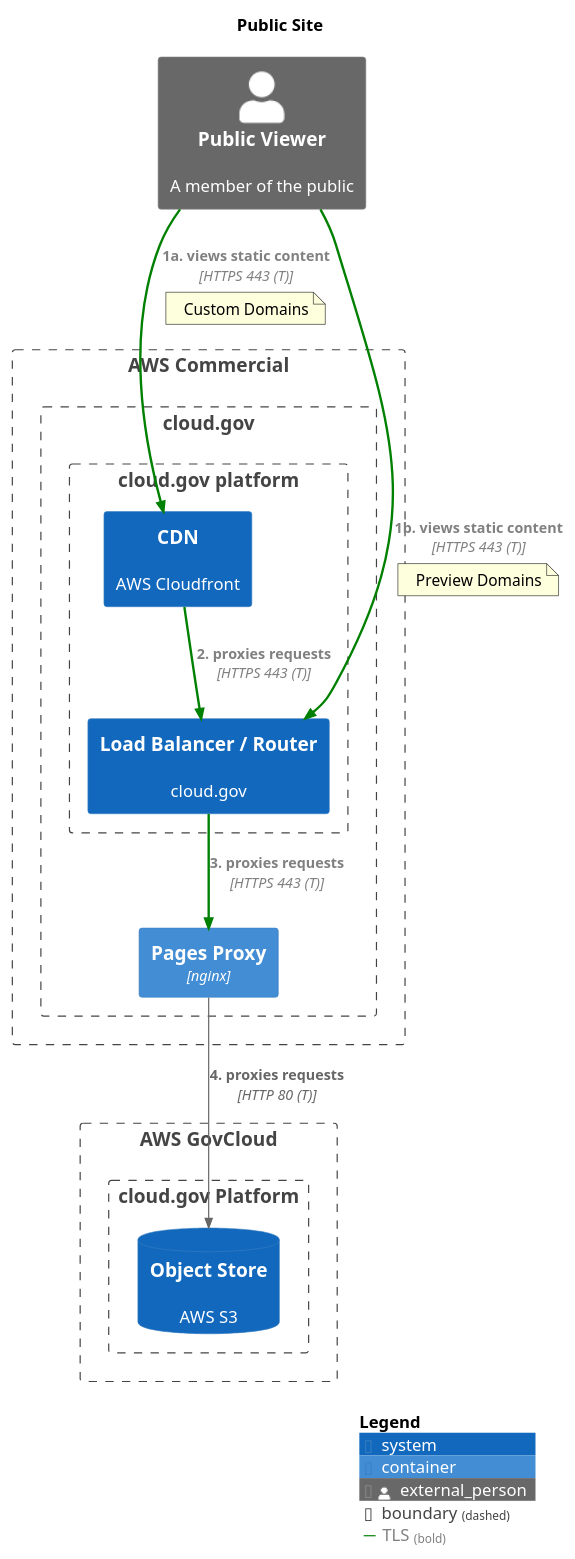
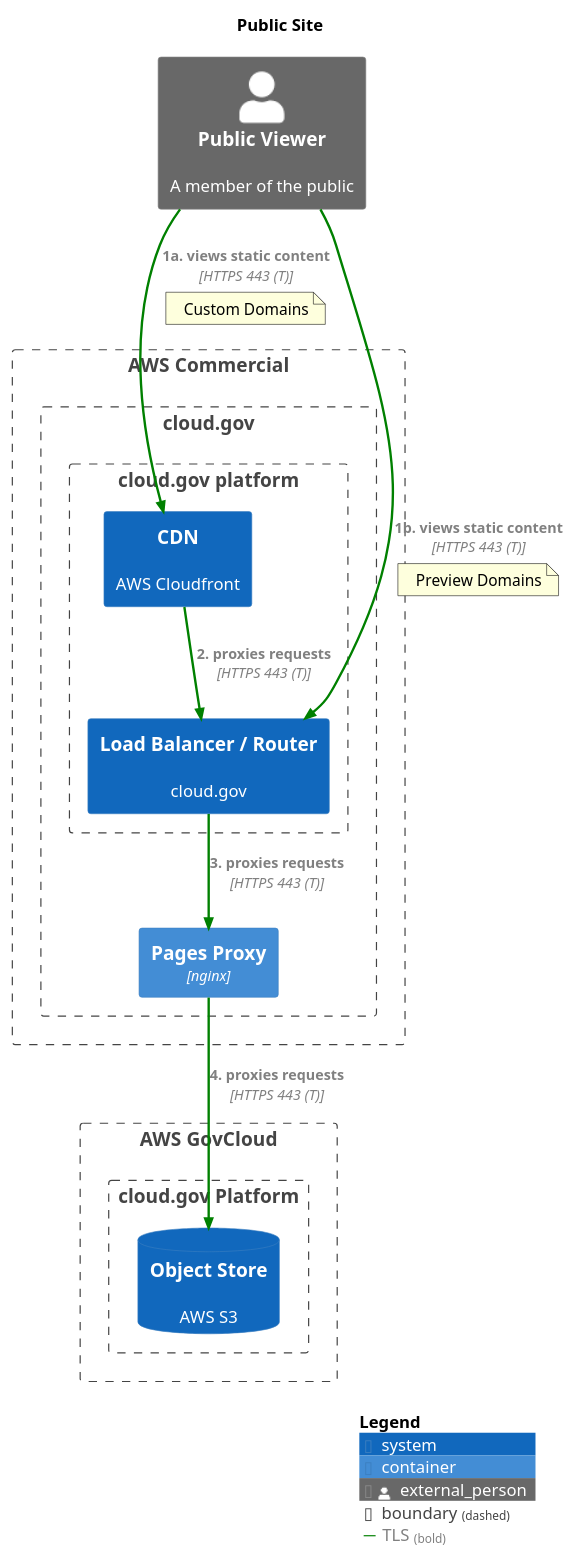
Before and after one commit to cloud-gov/system-diagrams: the diagram in source/diagrams/pages/public_flow.puml, drawn with PlantUML. The commit also changed 2 other files, not shown here.

Commit message:
Updates to use TLS; move ALB on builds

```diff
--- a/source/diagrams/pages/public_flow.puml
+++ b/source/diagrams/pages/public_flow.puml
@@ -1,42 +1,42 @@
 @startuml public_flow
 !include https://raw.githubusercontent.com/plantuml-stdlib/C4-PlantUML/master/C4_Container.puml
 'https://github.com/plantuml-stdlib/C4-PlantUML
 
 title Public Site
 
 AddRelTag("TLS", $textColor="grey", $lineColor="green", $lineStyle=BoldLine())
 
 Person_Ext(public, "Public Viewer", "A member of the public")
 
 Boundary(awsgov, "AWS GovCloud") {
     Boundary(cgp_gc, "cloud.gov Platform") {
       SystemDb(s3, "Object Store", "AWS S3")
     }
 }
 
 Boundary(awscom, "AWS Commercial") {
   Boundary(cg, "cloud.gov") {
     Boundary(cgp_ew, "cloud.gov platform") {
       System(cdn, "CDN", "AWS Cloudfront")
       System(elb, "Load Balancer / Router", "cloud.gov")
     }
     Container(proxy, "Pages Proxy", "nginx")    
   }
 }
 
 Rel(public, cdn, "1a. views static content", "HTTPS 443 (T)", $tags="TLS")
 note on link
   Custom Domains
 end note
 Rel(cdn, elb, "2. proxies requests", "HTTPS 443 (T)", $tags="TLS")
 
 Rel(public, elb, "1b. views static content", "HTTPS 443 (T)", $tags="TLS")
 note on link
   Preview Domains
 end note
 Rel(elb, proxy, "3. proxies requests", "HTTPS 443 (T)", $tags="TLS")
 
-Rel(proxy, s3, "4. proxies requests", "HTTP 80 (T)")
+Rel(proxy, s3, "4. proxies requests", "HTTPS 443 (T)", $tags="TLS")
 
 SHOW_LEGEND()
 @enduml
```
